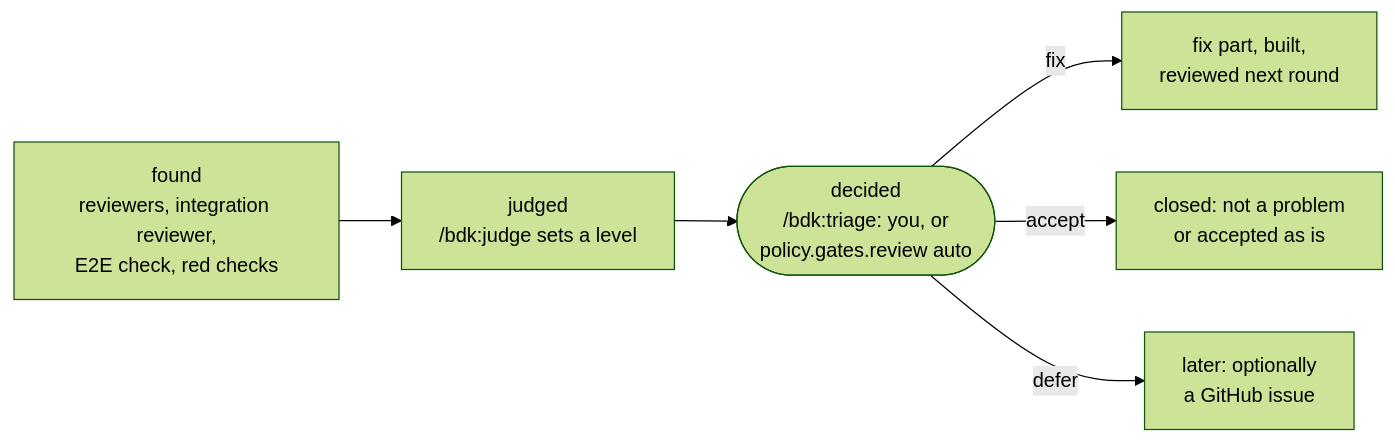
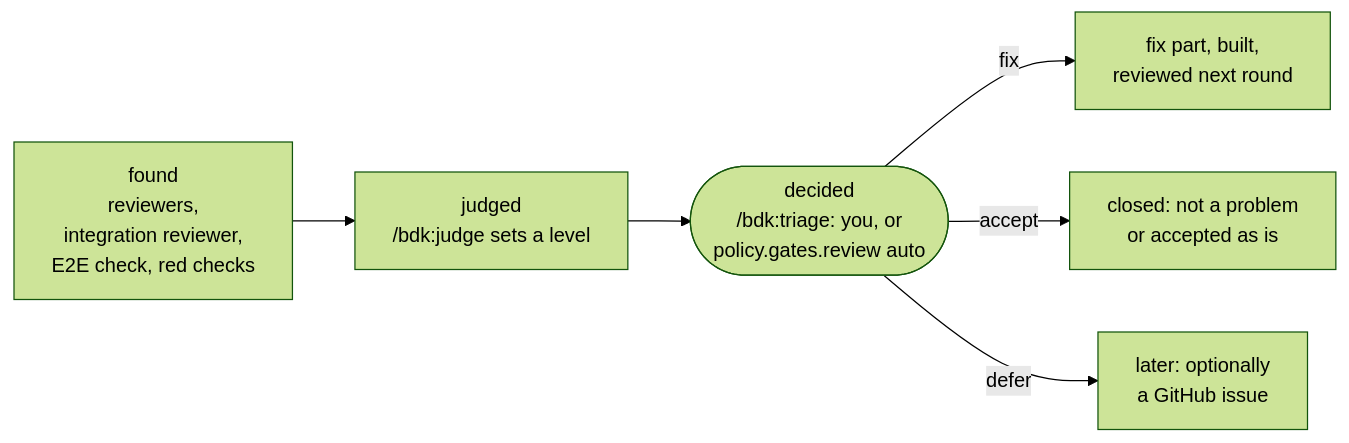
The diagram in docs/concepts/findings.md (broneq/bdk), drawn with Mermaid (forest theme) before and after one commit. The commit also changed 11 other files, not shown here.

First line of the commit message:
fix(docs): break flowchart labels only at the author's line breaks

````diff
--- a/docs/concepts/findings.md
+++ b/docs/concepts/findings.md
@@ -5,8 +5,8 @@
 ```mermaid
 flowchart LR
-  F["found<br/>reviewers, integration reviewer,<br/>E2E check, red checks"] --> J["judged<br/>/bdk:judge sets a level"]
+  F["found<br/>reviewers,<br/>integration reviewer,<br/>E2E check, red checks"] --> J["judged<br/>/bdk:judge sets a level"]
   J --> D(["decided<br/>/bdk:triage: you, or<br/>policy.gates.review auto"])
   D -->|"fix"| X["fix part, built,<br/>reviewed next round"]
   D -->|"accept"| A["closed: not a problem<br/>or accepted as is"]
   D -->|"defer"| L["later: optionally<br/>a GitHub issue"]
 ```
````
